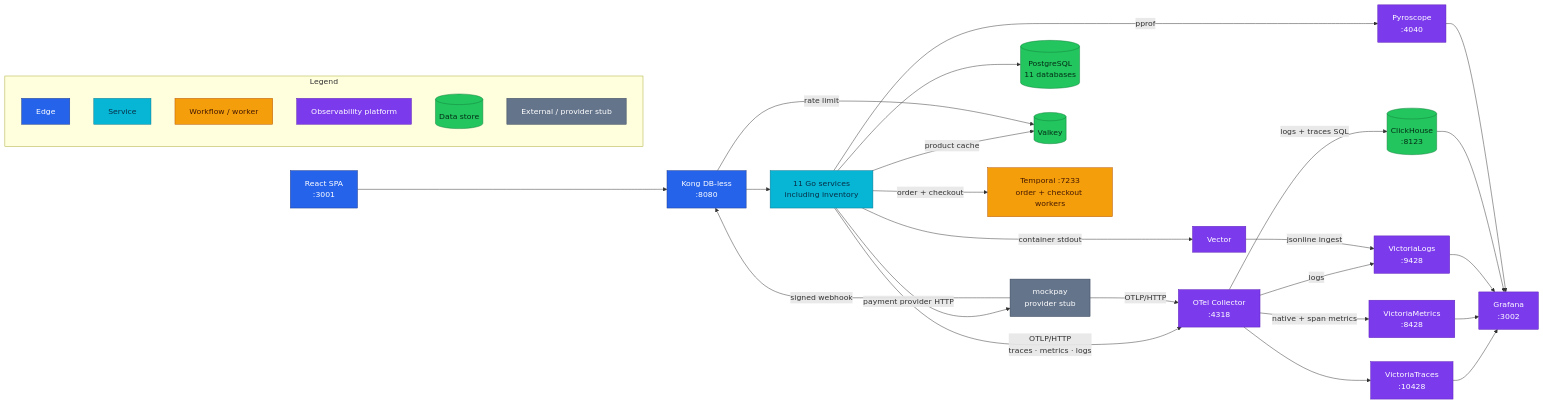
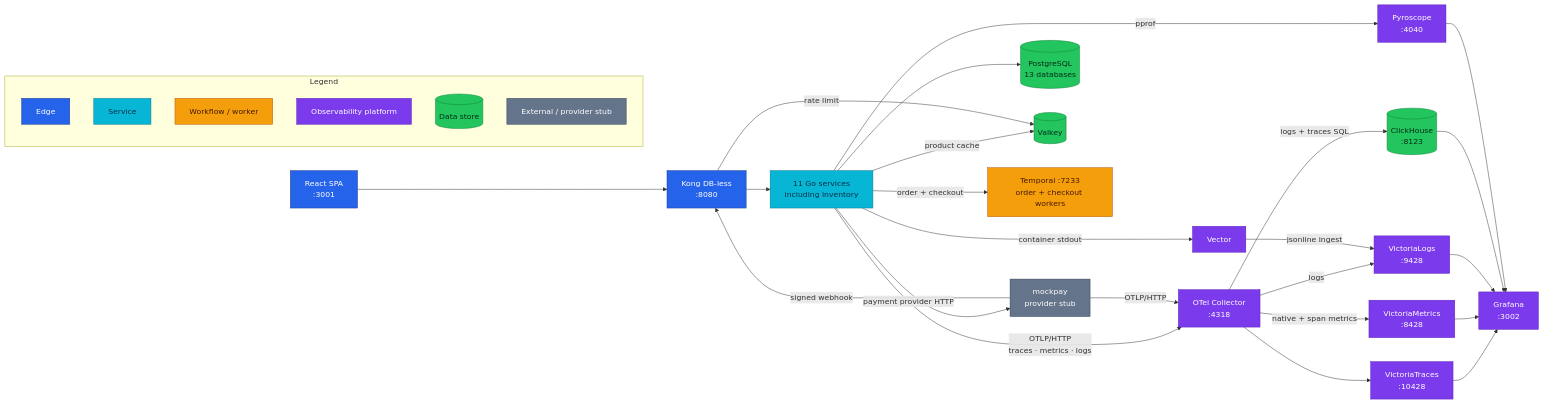
One commit to duynhlab/homelab changed the second of 2 diagrams in local-stack/README.md. Above: the diagram before and after it, drawn with Mermaid. The commit also changed 1 other file, not shown here.

Commit message:
Correct the local database count and gating prose
The two Temporal databases raise the local Postgres from 11 to 13, which
two mermaid nodes and one prose line still contradicted. Also state
where Temporal's consumers actually gate: on `temporal-bootstrap`
completing, not on the server healthcheck, since `mop` does not exist
until that container registers it.

````diff
--- a/local-stack/README.md
+++ b/local-stack/README.md
@@ -111,47 +111,47 @@
 ```mermaid
 flowchart LR
     SPA["React SPA<br/>:3001"] --> KONG["Kong DB-less<br/>:8080"]
     KONG --> SVC["11 Go services<br/>including inventory"]
     SVC -->|"payment provider HTTP"| MP["mockpay<br/>provider stub"]
     MP -->|"signed webhook"| KONG
-    SVC --> PG[("PostgreSQL<br/>11 databases")]
+    SVC --> PG[("PostgreSQL<br/>13 databases")]
     SVC -->|"product cache"| VALKEY[("Valkey")]
     KONG -->|"rate limit"| VALKEY
     SVC -->|"order + checkout"| TMP["Temporal :7233<br/>order + checkout workers"]
     SVC -->|"OTLP/HTTP<br/>traces · metrics · logs"| COL["OTel Collector<br/>:4318"]
     MP -->|"OTLP/HTTP"| COL
     SVC -->|"container stdout"| VEC["Vector"]
     COL --> VT["VictoriaTraces<br/>:10428"]
     COL -->|"native + span metrics"| VM["VictoriaMetrics<br/>:8428"]
     COL -->|"logs"| VL["VictoriaLogs<br/>:9428"]
     COL -->|"logs + traces SQL"| CH[("ClickHouse<br/>:8123")]
     VEC -->|"jsonline ingest"| VL
     VT --> GRAF["Grafana<br/>:3002"]
     VM --> GRAF
     VL --> GRAF
     CH --> GRAF
     SVC -->|"pprof"| PYRO["Pyroscope<br/>:4040"]
     PYRO --> GRAF
 
     subgraph Legend["Legend"]
         LEdge["Edge"]
         LService["Service"]
         LWorker["Workflow / worker"]
         LPlatform["Observability platform"]
         LData[("Data store")]
         LExternal["External / provider stub"]
     end
 
     classDef edge fill:#2563eb,color:#fff,stroke:#1e3a8a;
     classDef service fill:#06b6d4,color:#082f49,stroke:#0e7490;
     classDef worker fill:#f59e0b,color:#451a03,stroke:#b45309;
     classDef platform fill:#7c3aed,color:#fff,stroke:#5b21b6;
     classDef data fill:#22c55e,color:#052e16,stroke:#15803d;
     classDef external fill:#64748b,color:#fff,stroke:#334155;
     class SPA,KONG,LEdge edge;
     class SVC,LService service;
     class TMP,LWorker worker;
     class COL,VEC,VT,VM,VL,GRAF,PYRO,LPlatform platform;
     class PG,VALKEY,CH,LData data;
     class MP,LExternal external;
 ```
````
